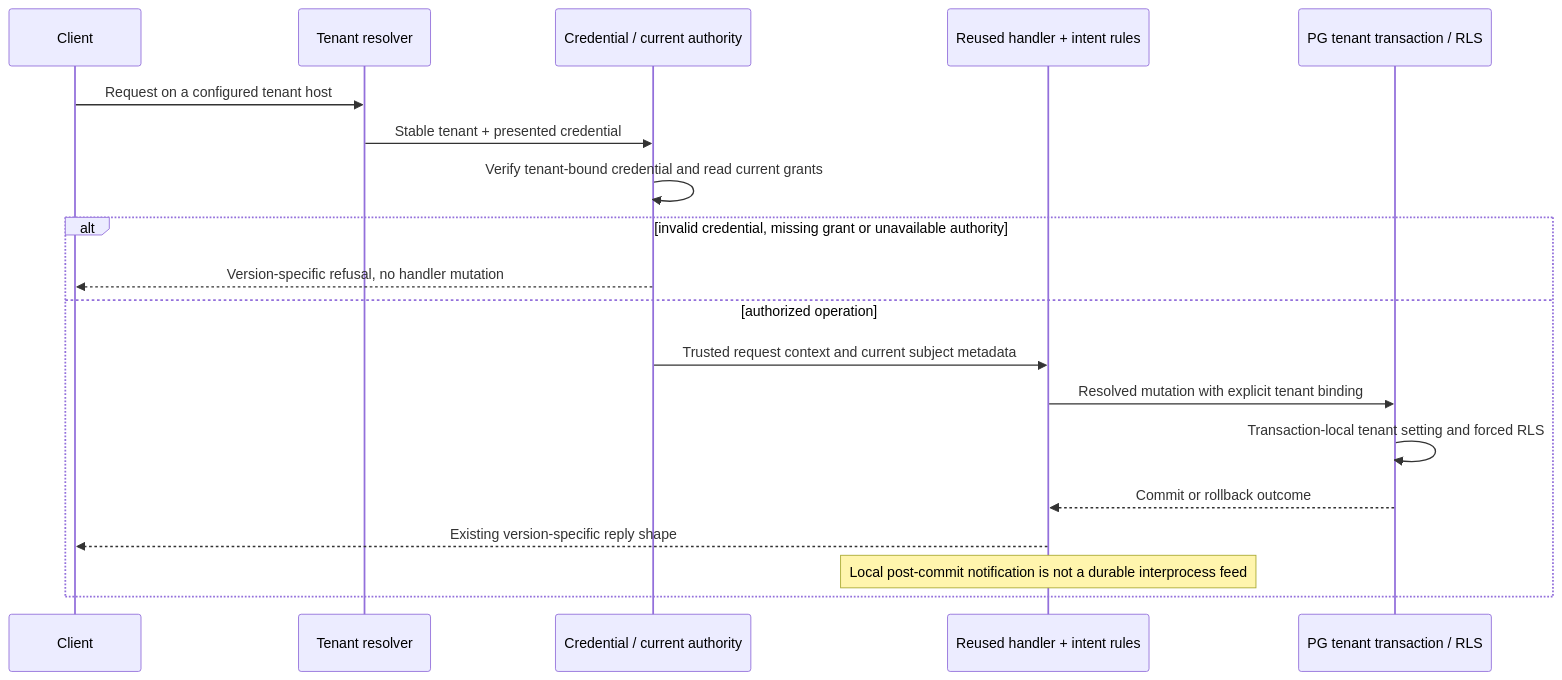
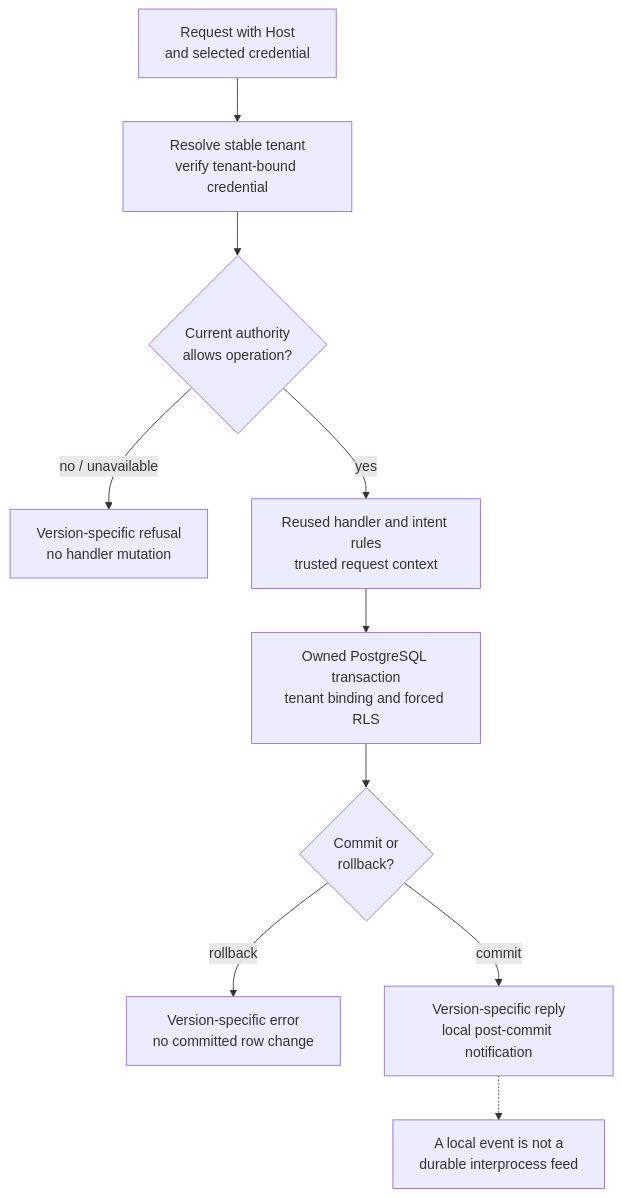
One commit to bewest/rag-nightscout-ecosystem-alignment changed the second of 3 diagrams in docs/30-design/tenancy/single-and-multitenant-architecture.md. Above: the diagram before and after it, drawn with Mermaid. The commit also changed other lines of this file and 3 other files, not shown here.

Commit message:
Render current multitenant progress and architecture diagrams

````diff
--- a/docs/30-design/tenancy/single-and-multitenant-architecture.md
+++ b/docs/30-design/tenancy/single-and-multitenant-architecture.md
@@ -94,21 +98,12 @@
 ```mermaid
-sequenceDiagram
-  participant C as Client
-  participant R as Tenant resolver
-  participant A as Credential / current authority
-  participant H as Reused handler + intent rules
-  participant P as PG tenant transaction / RLS
-  C->>R: Request on a configured tenant host
-  R->>A: Stable tenant + presented credential
-  A->>A: Verify tenant-bound credential and read current grants
-  alt invalid credential, missing grant or unavailable authority
-    A-->>C: Version-specific refusal, no handler mutation
-  else authorized operation
-    A->>H: Trusted request context and current subject metadata
-    H->>P: Resolved mutation with explicit tenant binding
-    P->>P: Transaction-local tenant setting and forced RLS
-    P-->>H: Commit or rollback outcome
-    H-->>C: Existing version-specific reply shape
-    Note over H: Local post-commit notification is not a durable interprocess feed
-  end
+flowchart TB
+  Request["Request with Host<br/>and selected credential"] --> Resolve["Resolve stable tenant<br/>verify tenant-bound credential"]
+  Resolve --> Grants{"Current authority<br/>allows operation?"}
+  Grants -->|"no / unavailable"| Deny["Version-specific refusal<br/>no handler mutation"]
+  Grants -->|"yes"| Handler["Reused handler and intent rules<br/>trusted request context"]
+  Handler --> Transaction["Owned PostgreSQL transaction<br/>tenant binding and forced RLS"]
+  Transaction --> Outcome{"Commit or<br/>rollback?"}
+  Outcome -->|"rollback"| Error["Version-specific error<br/>no committed row change"]
+  Outcome -->|"commit"| Reply["Version-specific reply<br/>local post-commit notification"]
+  Reply -.-> Local["A local event is not a<br/>durable interprocess feed"]
 ```
````
